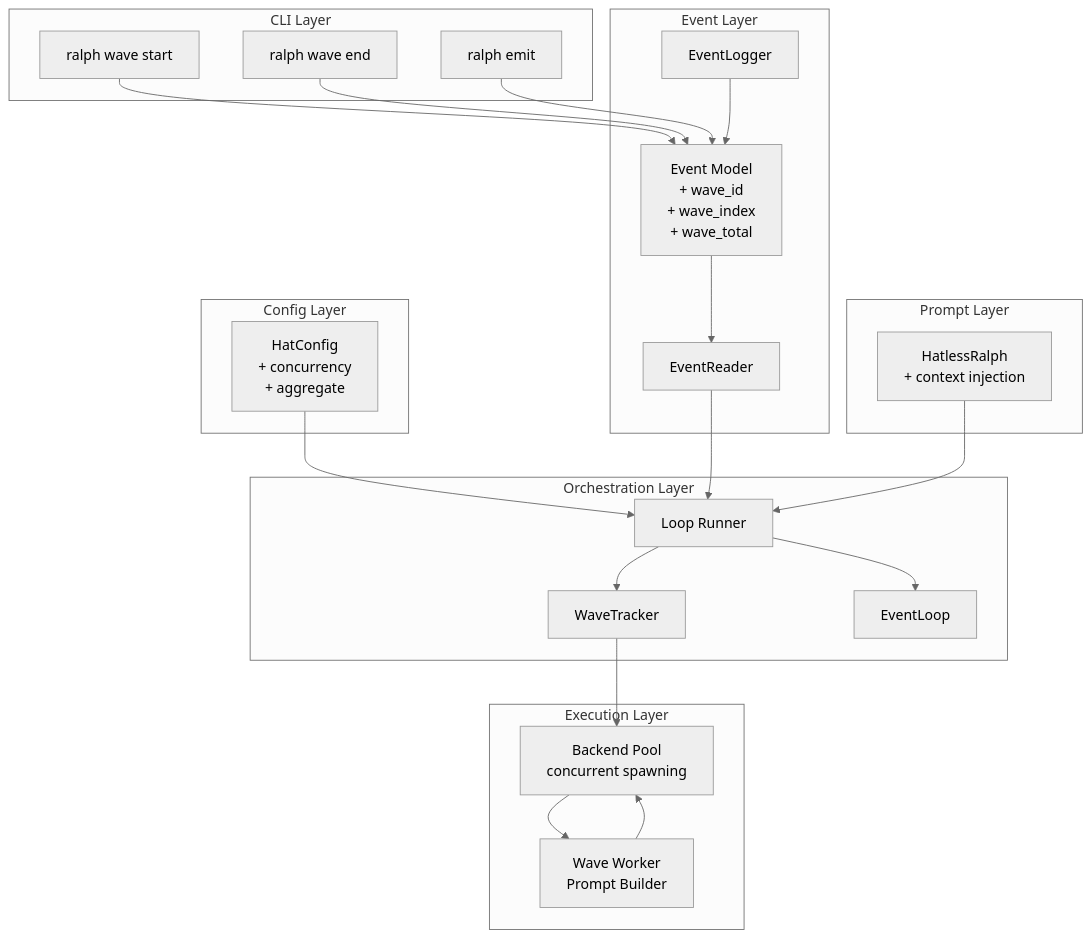
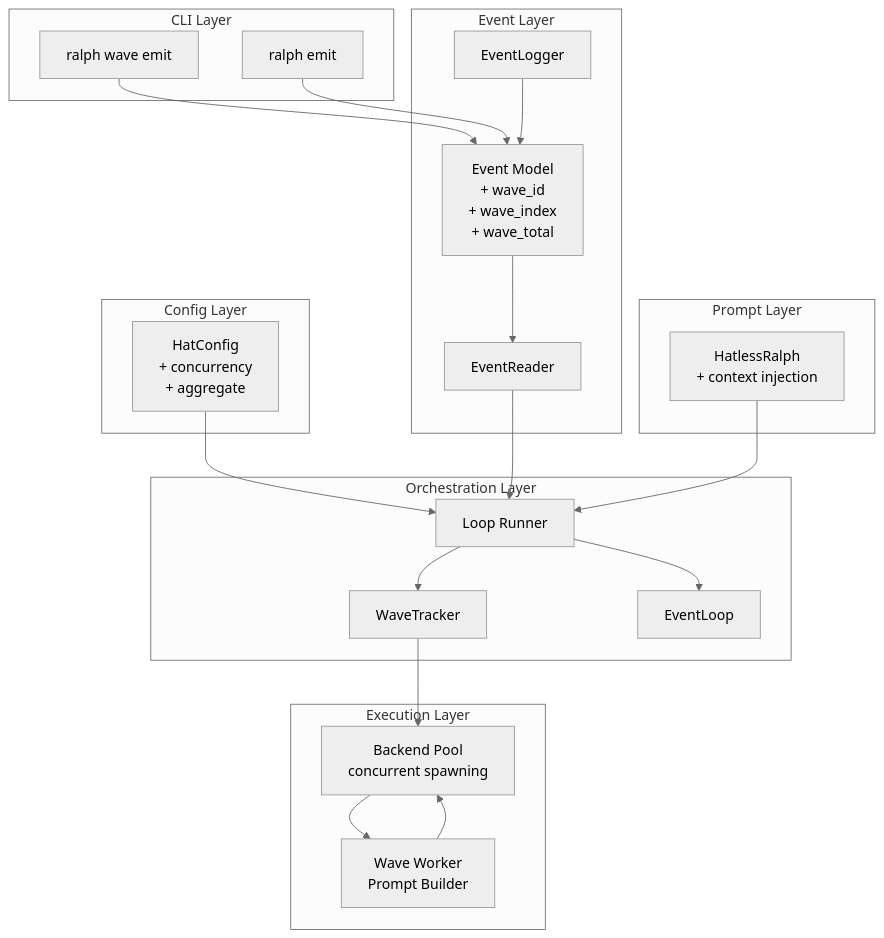
The fourth of 4 diagrams in specs/agent-waves/design.md (cdriscol/ralph-orchestrator), drawn with Mermaid (neutral theme) before and after one commit. The commit also changed other lines of this file, not shown here.

````diff
--- a/specs/agent-waves/design.md
+++ b/specs/agent-waves/design.md
@@ -129,47 +144,45 @@
 ```mermaid
 graph TB
     subgraph "Config Layer"
         HC[HatConfig<br/>+ concurrency<br/>+ aggregate]
     end
 
     subgraph "CLI Layer"
-        WS[ralph wave start]
-        WE[ralph wave end]
+        WBE[ralph wave emit]
         RE[ralph emit]
     end
 
     subgraph "Event Layer"
         EM[Event Model<br/>+ wave_id<br/>+ wave_index<br/>+ wave_total]
         ER[EventReader]
         EL[EventLogger]
     end
 
     subgraph "Orchestration Layer"
         LR[Loop Runner]
         WT[WaveTracker]
         EV[EventLoop]
     end
 
     subgraph "Execution Layer"
         BP[Backend Pool<br/>concurrent spawning]
         WPB[Wave Worker<br/>Prompt Builder]
     end
 
     subgraph "Prompt Layer"
         HR[HatlessRalph<br/>+ context injection]
     end
 
     HC --> LR
-    WS --> EM
-    WE --> EM
+    WBE --> EM
     RE --> EM
     EM --> ER
     ER --> LR
     LR --> WT
     WT --> BP
     BP --> WPB
     WPB --> BP
     HR --> LR
     LR --> EV
     EL --> EM
 ```
````
